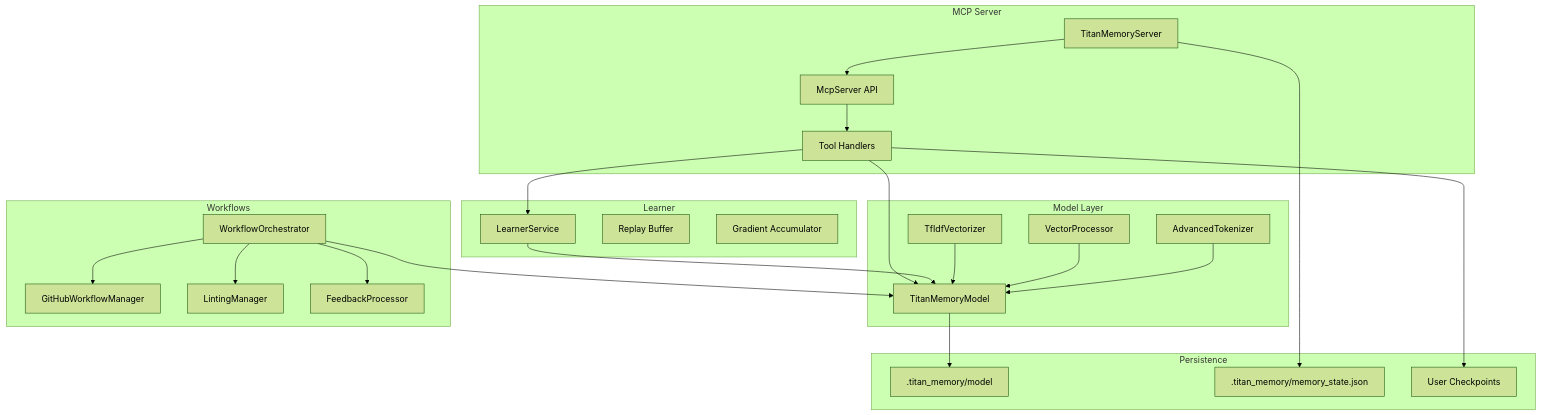
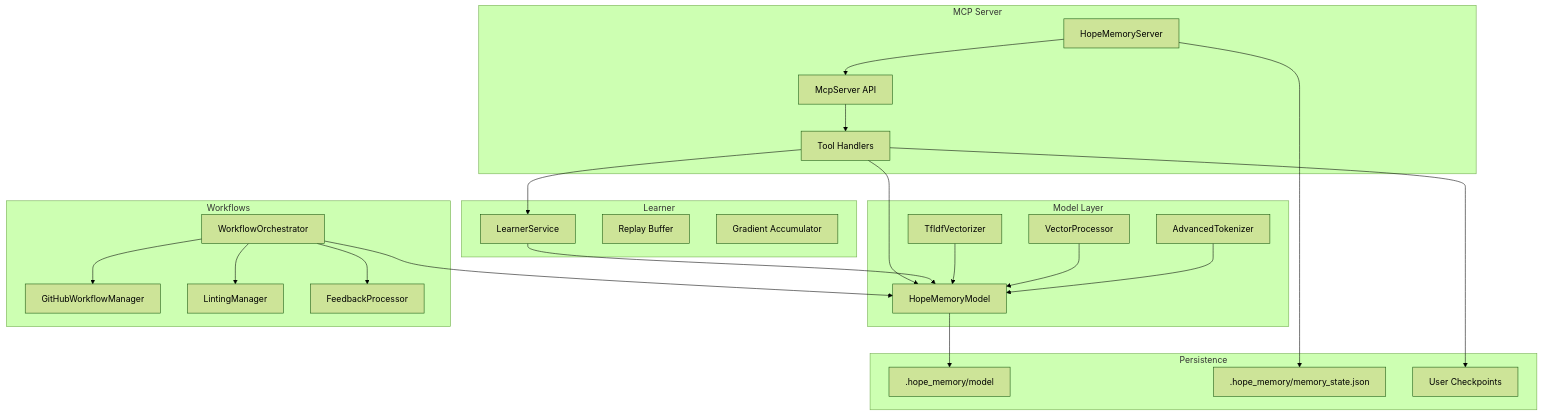
The diagram in docs/architecture-overview.md (henryhawke/mcp-titan), drawn with Mermaid (forest theme) before and after one commit. The commit also changed other lines of this file and 37 other files, not shown here.

Commit message:
Finalize HOPE server integration

````diff
--- a/docs/architecture-overview.md
+++ b/docs/architecture-overview.md
@@ -7,48 +7,48 @@
 ```mermaid
 graph TD
     subgraph MCP Server
-        A[TitanMemoryServer]
+        A[HopeMemoryServer]
         B[McpServer API]
         C[Tool Handlers]
     end
 
     subgraph Model Layer
-        D[TitanMemoryModel]
+        D[HopeMemoryModel]
         E[VectorProcessor]
         F[TfIdfVectorizer]
         G[AdvancedTokenizer]
     end
 
     subgraph Persistence
-        H[.titan_memory/model]
-        I[.titan_memory/memory_state.json]
+        H[.hope_memory/model]
+        I[.hope_memory/memory_state.json]
         J[User Checkpoints]
     end
 
     subgraph Learner
         K[LearnerService]
         L[Replay Buffer]
         M[Gradient Accumulator]
     end
 
     subgraph Workflows
         N[WorkflowOrchestrator]
         O[GitHubWorkflowManager]
         P[LintingManager]
         Q[FeedbackProcessor]
     end
 
     A --> B --> C --> D
     C --> K
     D --> H
     A --> I
     C --> J
     K --> D
     N --> D
     N --> O
     N --> P
     N --> Q
     F --> D
     E --> D
     G --> D
 ```
````
